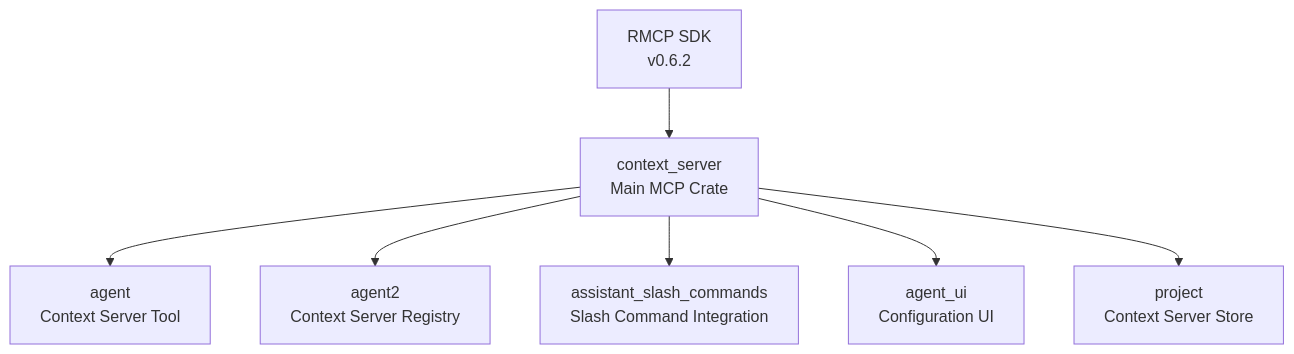
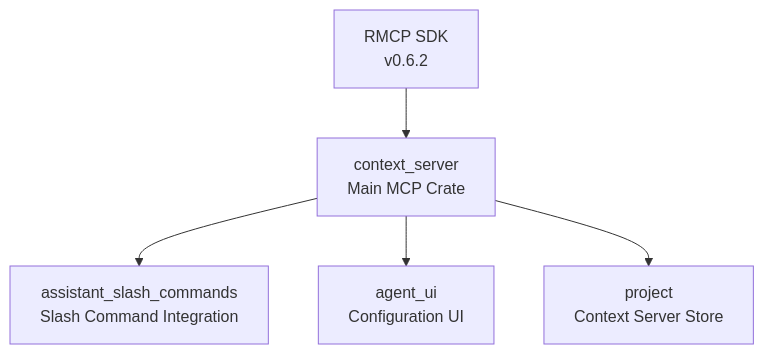
One commit to zed-industries/zed changed the diagram in AGENTS.md. Above: the diagram before and after it, drawn with Mermaid. The commit also changed other lines of this file and 4 other files, not shown here.

````diff
--- a/AGENTS.md
+++ b/AGENTS.md
@@ -34,17 +34,13 @@
 ```mermaid
 graph TD
     context_server[context_server<br/>Main MCP Crate]
-    agent[agent<br/>Context Server Tool]
-    agent2[agent2<br/>Context Server Registry]
     assistant[assistant_slash_commands<br/>Slash Command Integration]
     agent_ui[agent_ui<br/>Configuration UI]
     project[project<br/>Context Server Store]
 
-    context_server --> agent
-    context_server --> agent2
     context_server --> assistant
     context_server --> agent_ui
     context_server --> project
 
     rmcp[RMCP SDK<br/>v0.6.2] --> context_server
 ```
````
